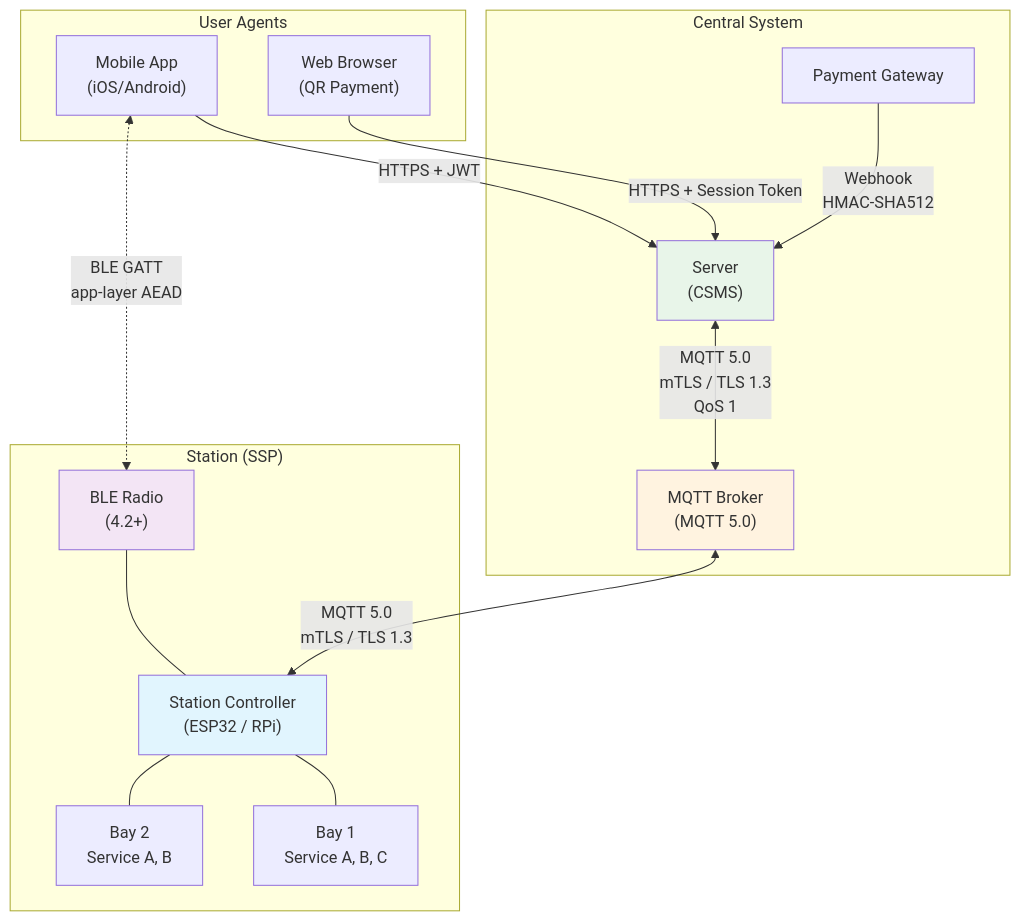
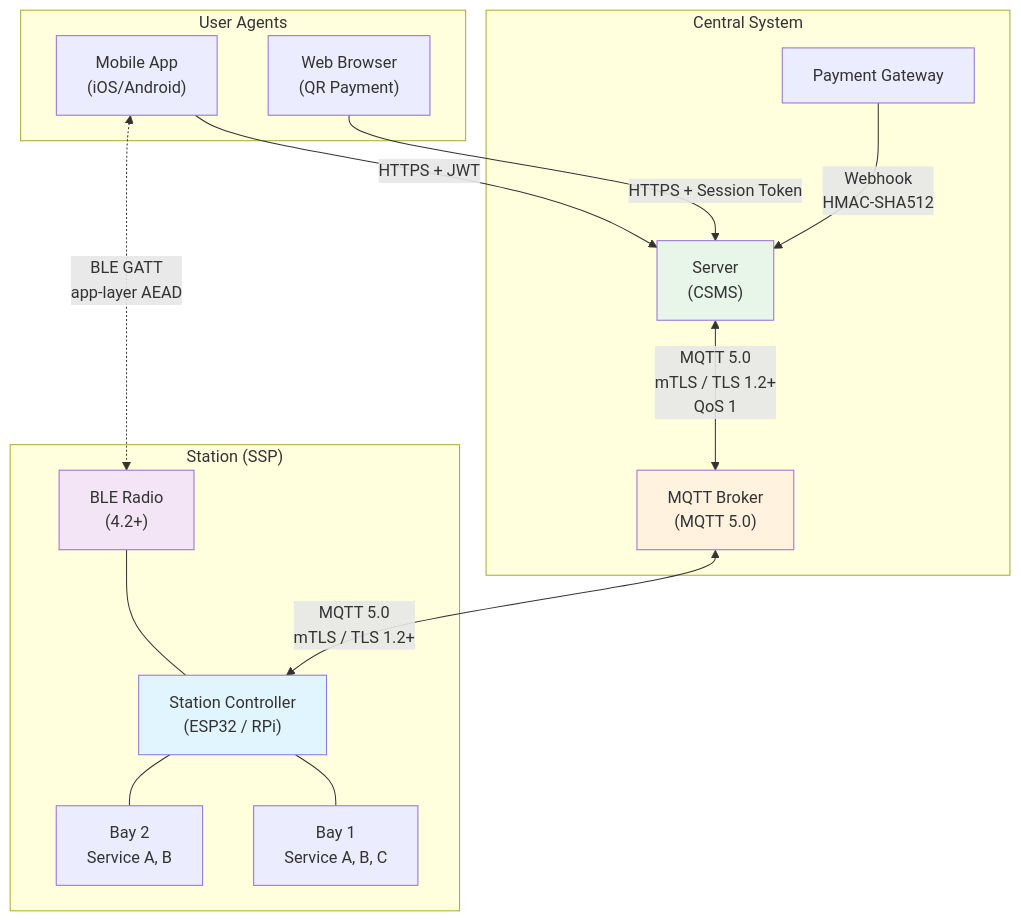
Before and after one commit to ospp-org/spec: the diagram in README.md, drawn with Mermaid. The commit also changed other lines of this file and 9 other files, not shown here.

````diff
--- a/README.md
+++ b/README.md
@@ -51,35 +51,35 @@
 ```mermaid
 graph TB
     subgraph "User Agents"
         App["Mobile App<br/>(iOS/Android)"]
         Web["Web Browser<br/>(QR Payment)"]
     end
 
     subgraph "Central System"
         Server["Server<br/>(CSMS)"]
         Broker["MQTT Broker<br/>(MQTT 5.0)"]
         PG["Payment Gateway"]
     end
 
     subgraph "Station (SSP)"
         MCU["Station Controller<br/>(ESP32 / RPi)"]
         BLE["BLE Radio<br/>(4.2+)"]
         Bay1["Bay 1<br/>Service A, B, C"]
         Bay2["Bay 2<br/>Service A, B"]
     end
 
     App -->|"HTTPS + JWT"| Server
     Web -->|"HTTPS + Session Token"| Server
-    Server <-->|"MQTT 5.0<br/>mTLS / TLS 1.3<br/>QoS 1"| Broker
-    Broker <-->|"MQTT 5.0<br/>mTLS / TLS 1.3"| MCU
+    Server <-->|"MQTT 5.0<br/>mTLS / TLS 1.2+<br/>QoS 1"| Broker
+    Broker <-->|"MQTT 5.0<br/>mTLS / TLS 1.2+"| MCU
     PG -->|"Webhook<br/>HMAC-SHA512"| Server
     App <-.->|"BLE GATT<br/>app-layer AEAD"| BLE
     BLE --- MCU
     MCU --- Bay1
     MCU --- Bay2
 
     style MCU fill:#e1f5fe
     style Server fill:#e8f5e9
     style Broker fill:#fff3e0
     style BLE fill:#f3e5f5
 ```
````
